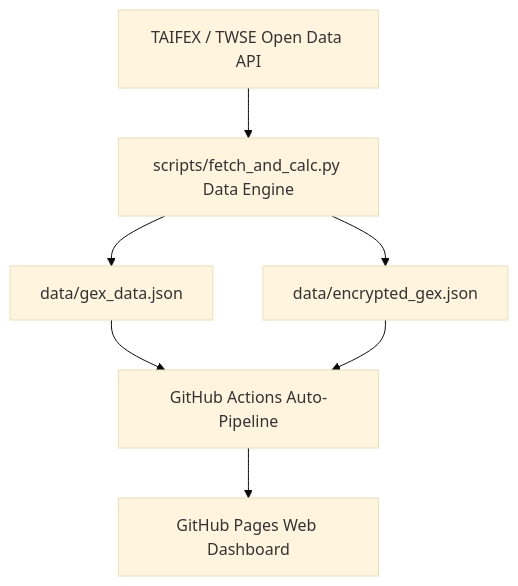
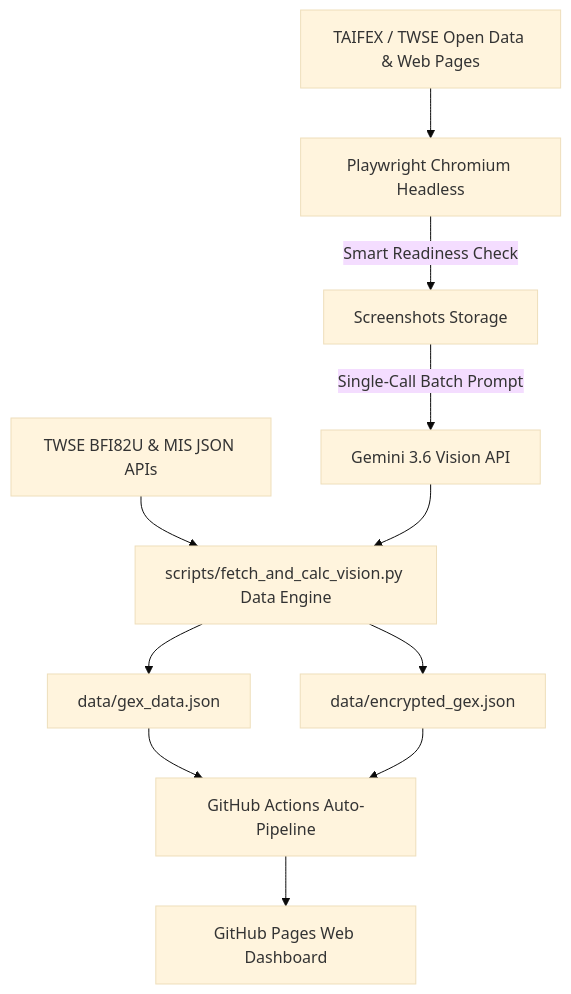
One commit to bluebirdfinder/TXO-GEX-Dashboard changed the diagram in README.md. Above: the diagram before and after it, drawn with Mermaid (base theme). The commit also changed other lines of this file and 7 other files, not shown here.

````diff
--- a/README.md
+++ b/README.md
@@ -61,8 +36,12 @@
 ```mermaid
 flowchart TD
-    A[TAIFEX / TWSE Open Data API] --> B[scripts/fetch_and_calc.py Data Engine]
-    B --> C[data/gex_data.json]
-    B --> D[data/encrypted_gex.json]
-    C & D --> E[GitHub Actions Auto-Pipeline]
-    E --> F[GitHub Pages Web Dashboard]
+    A[TAIFEX / TWSE Open Data & Web Pages] --> B[Playwright Chromium Headless]
+    B -->|Smart Readiness Check| C[Screenshots Storage]
+    C -->|Single-Call Batch Prompt| D[Gemini 3.6 Vision API]
+    E[TWSE BFI82U & MIS JSON APIs] --> F[scripts/fetch_and_calc_vision.py Data Engine]
+    D --> F
+    F --> G[data/gex_data.json]
+    F --> H[data/encrypted_gex.json]
+    G & H --> I[GitHub Actions Auto-Pipeline]
+    I --> J[GitHub Pages Web Dashboard]
 ```
````
